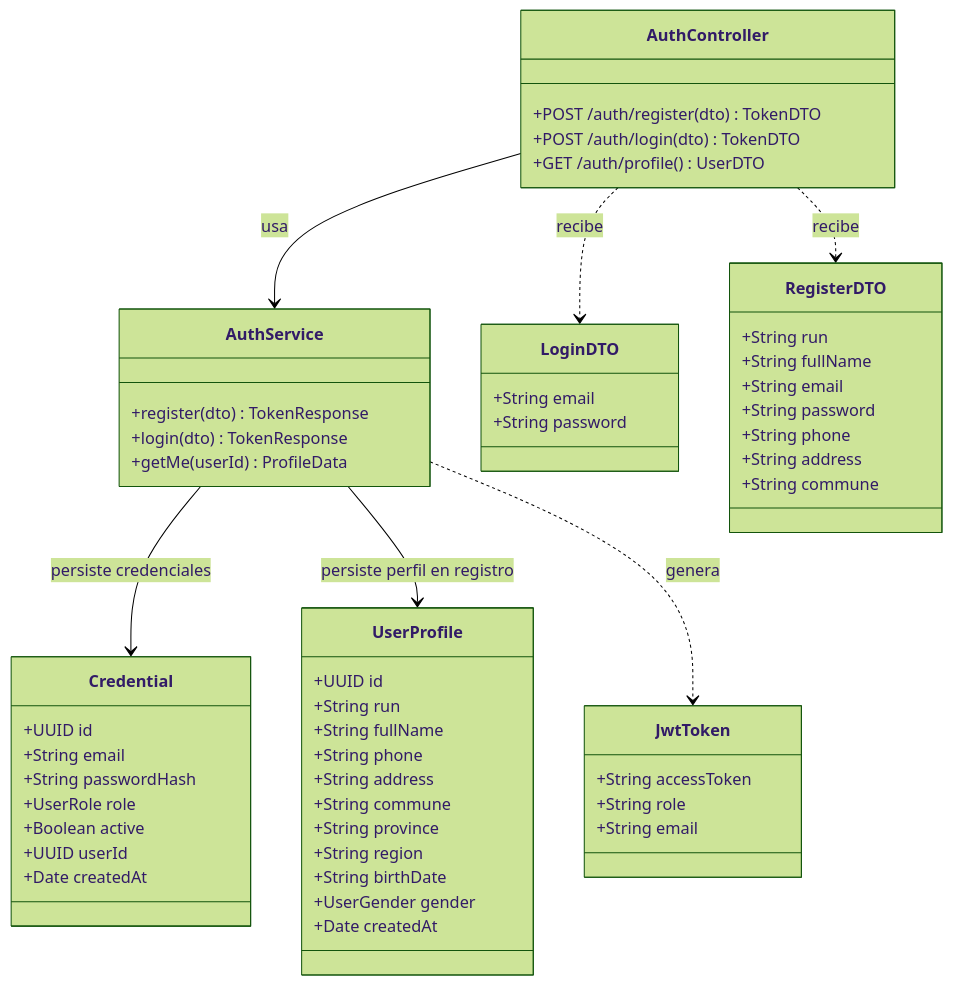
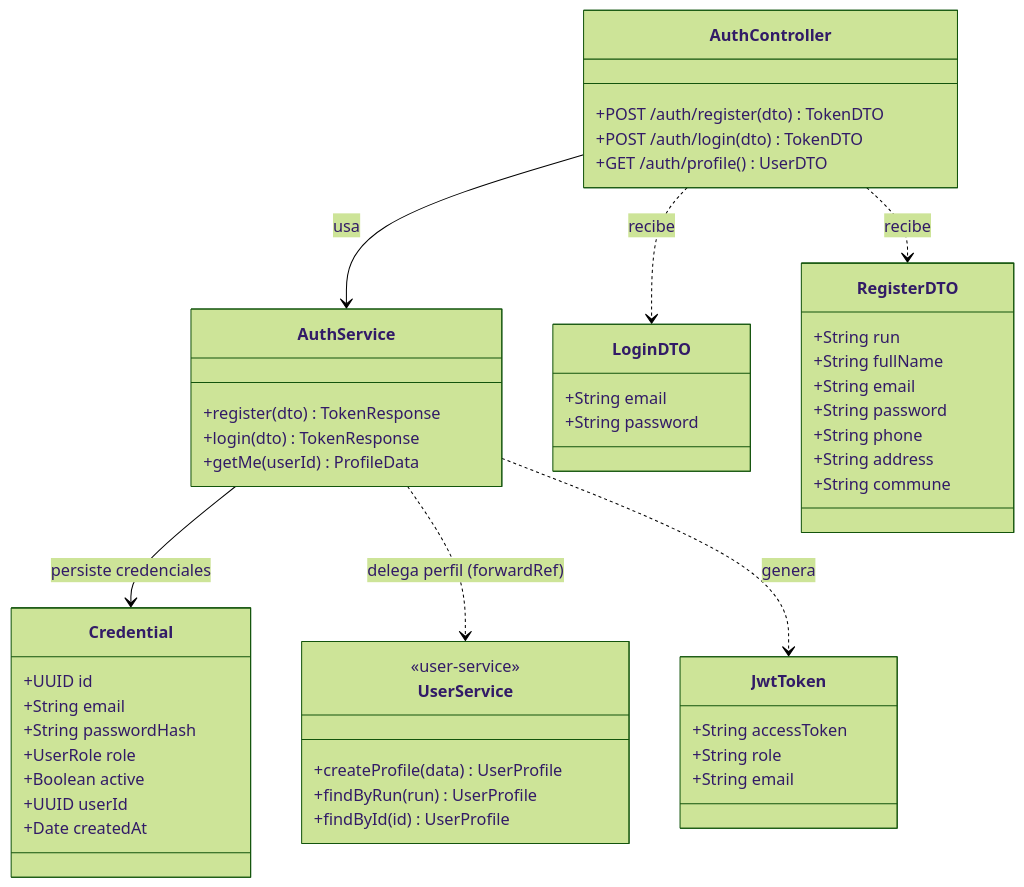
The fourth of 12 diagrams in BackEnd-Arquitectura.md (holyusm/INF-301-WWW), drawn with Mermaid (forest theme) before and after one commit. The commit also changed other lines of this file, not shown here.

````diff
--- a/BackEnd-Arquitectura.md
+++ b/BackEnd-Arquitectura.md
@@ -782,66 +779,59 @@
 ```mermaid
 classDiagram
     class AuthController {
         +POST /auth/register(dto) TokenDTO
         +POST /auth/login(dto) TokenDTO
         +GET /auth/profile() UserDTO
     }
 
     class AuthService {
         +register(dto) TokenResponse
         +login(dto) TokenResponse
         +getMe(userId) ProfileData
     }
 
     class Credential {
         +UUID id
         +String email
         +String passwordHash
         +UserRole role
         +Boolean active
         +UUID userId
         +Date createdAt
     }
 
-    class UserProfile {
-        +UUID id
-        +String run
-        +String fullName
-        +String phone
-        +String address
-        +String commune
-        +String province
-        +String region
-        +String birthDate
-        +UserGender gender
-        +Date createdAt
+    class UserService {
+        <<user-service>>
+        +createProfile(data) UserProfile
+        +findByRun(run) UserProfile
+        +findById(id) UserProfile
     }
 
     class LoginDTO {
         +String email
         +String password
     }
 
     class RegisterDTO {
         +String run
         +String fullName
         +String email
         +String password
         +String phone
         +String address
         +String commune
     }
 
     class JwtToken {
         +String accessToken
         +String role
         +String email
     }
 
     AuthController --> AuthService : usa
     AuthService --> Credential : persiste credenciales
-    AuthService --> UserProfile : persiste perfil en registro
+    AuthService ..> UserService : delega perfil (forwardRef)
     AuthService ..> JwtToken : genera
     AuthController ..> LoginDTO : recibe
     AuthController ..> RegisterDTO : recibe
 ```
````
